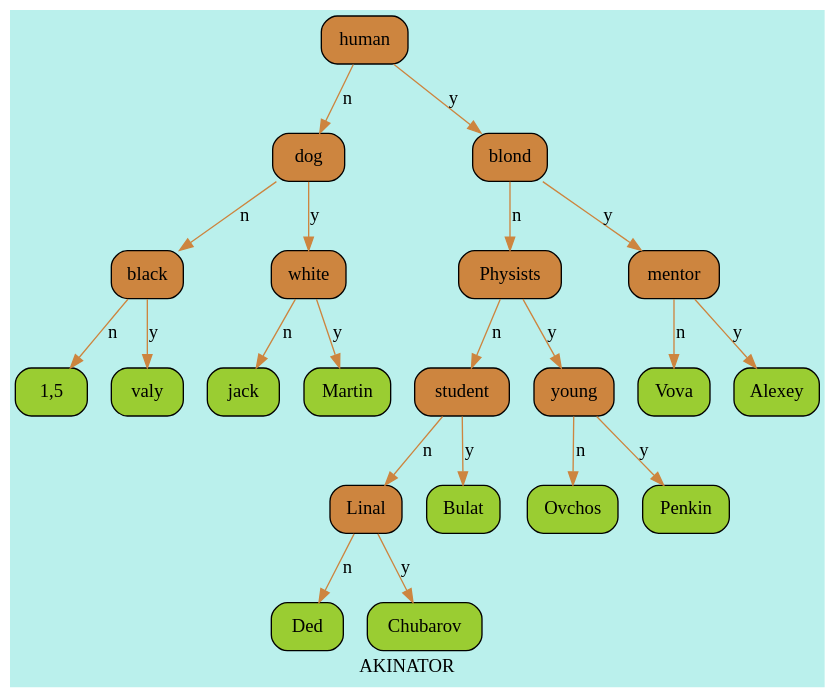
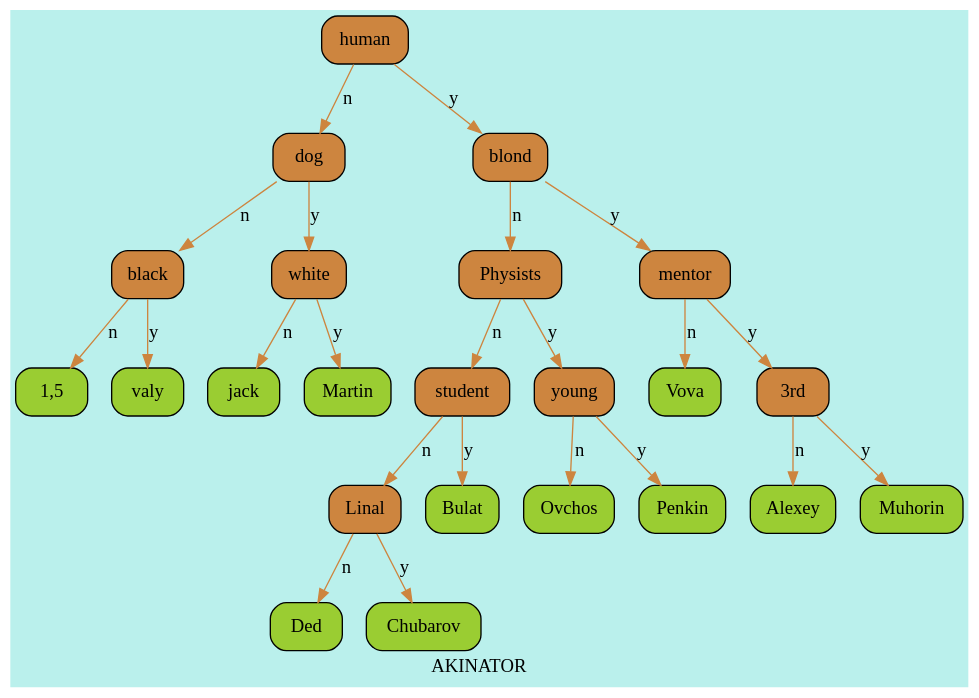
One commit to Vladimir1t/Akinator changed the diagram in graphviz/graph.dot. Above: the diagram before and after it, drawn with Graphviz. The commit also changed 17 other files, not shown here.

```diff
--- a/graphviz/graph.dot
+++ b/graphviz/graph.dot
@@ -1,47 +1,51 @@
 digraph AKINATOR{
 label = < AKINATOR >;
 bgcolor = "#BAF0EC";
 node [shape = record ];
 edge [style = filled ];
  0 [shape = Mrecord, style = filled, fillcolor = Peru, label = "human" ];
  1 [shape = Mrecord, style = filled, fillcolor = Peru, label = "dog" ];
  2 [shape = Mrecord, style = filled, fillcolor = Peru, label = "black" ];
  3 [shape = Mrecord, style = filled, fillcolor = YellowGreen, label = "1,5" ];
  4 [shape = Mrecord, style = filled, fillcolor = YellowGreen, label = "valy" ];
  5 [shape = Mrecord, style = filled, fillcolor = Peru, label = "white" ];
  6 [shape = Mrecord, style = filled, fillcolor = YellowGreen, label = "jack" ];
  7 [shape = Mrecord, style = filled, fillcolor = YellowGreen, label = "Martin" ];
  8 [shape = Mrecord, style = filled, fillcolor = Peru, label = "blond" ];
  9 [shape = Mrecord, style = filled, fillcolor = Peru, label = "Physists" ];
  10 [shape = Mrecord, style = filled, fillcolor = Peru, label = "student" ];
  11 [shape = Mrecord, style = filled, fillcolor = Peru, label = "Linal" ];
  12 [shape = Mrecord, style = filled, fillcolor = YellowGreen, label = "Ded" ];
  13 [shape = Mrecord, style = filled, fillcolor = YellowGreen, label = "Chubarov" ];
  14 [shape = Mrecord, style = filled, fillcolor = YellowGreen, label = "Bulat" ];
  15 [shape = Mrecord, style = filled, fillcolor = Peru, label = "young" ];
  16 [shape = Mrecord, style = filled, fillcolor = YellowGreen, label = "Ovchos" ];
  17 [shape = Mrecord, style = filled, fillcolor = YellowGreen, label = "Penkin" ];
  18 [shape = Mrecord, style = filled, fillcolor = Peru, label = "mentor" ];
  19 [shape = Mrecord, style = filled, fillcolor = YellowGreen, label = "Vova" ];
- 20 [shape = Mrecord, style = filled, fillcolor = YellowGreen, label = "Alexey" ];
+ 20 [shape = Mrecord, style = filled, fillcolor = Peru, label = "3rd" ];
+ 21 [shape = Mrecord, style = filled, fillcolor = YellowGreen, label = "Alexey" ];
+ 22 [shape = Mrecord, style = filled, fillcolor = YellowGreen, label = "Muhorin" ];
 0 -> 1[label = n] [ color = Peru ];
 1 -> 2[label = n] [ color = Peru ];
 2 -> 3[label = n] [ color = Peru ];
 2 -> 4[label = y] [ color = Peru ];
 1 -> 5[label = y] [ color = Peru ];
 5 -> 6[label = n] [ color = Peru ];
 5 -> 7[label = y] [ color = Peru ];
 0 -> 8[label = y] [ color = Peru ];
 8 -> 9[label = n] [ color = Peru ];
 9 -> 10[label = n] [ color = Peru ];
 10 -> 11[label = n] [ color = Peru ];
 11 -> 12[label = n] [ color = Peru ];
 11 -> 13[label = y] [ color = Peru ];
 10 -> 14[label = y] [ color = Peru ];
 9 -> 15[label = y] [ color = Peru ];
 15 -> 16[label = n] [ color = Peru ];
 15 -> 17[label = y] [ color = Peru ];
 8 -> 18[label = y] [ color = Peru ];
 18 -> 19[label = n] [ color = Peru ];
 18 -> 20[label = y] [ color = Peru ];
+20 -> 21[label = n] [ color = Peru ];
+20 -> 22[label = y] [ color = Peru ];
 }
```
